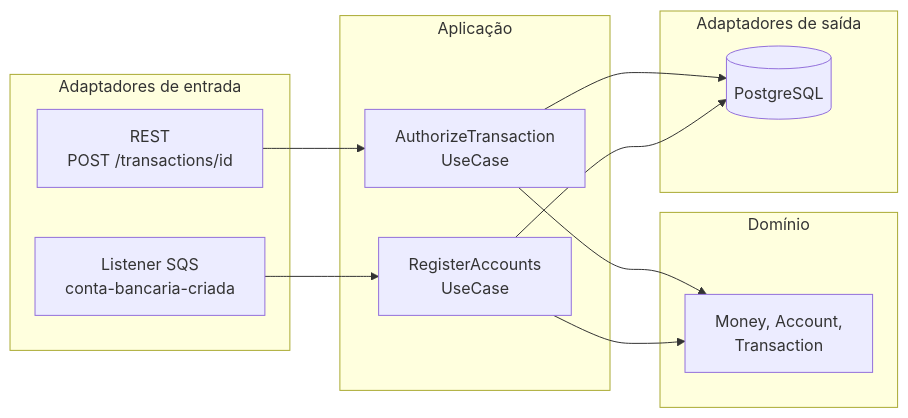
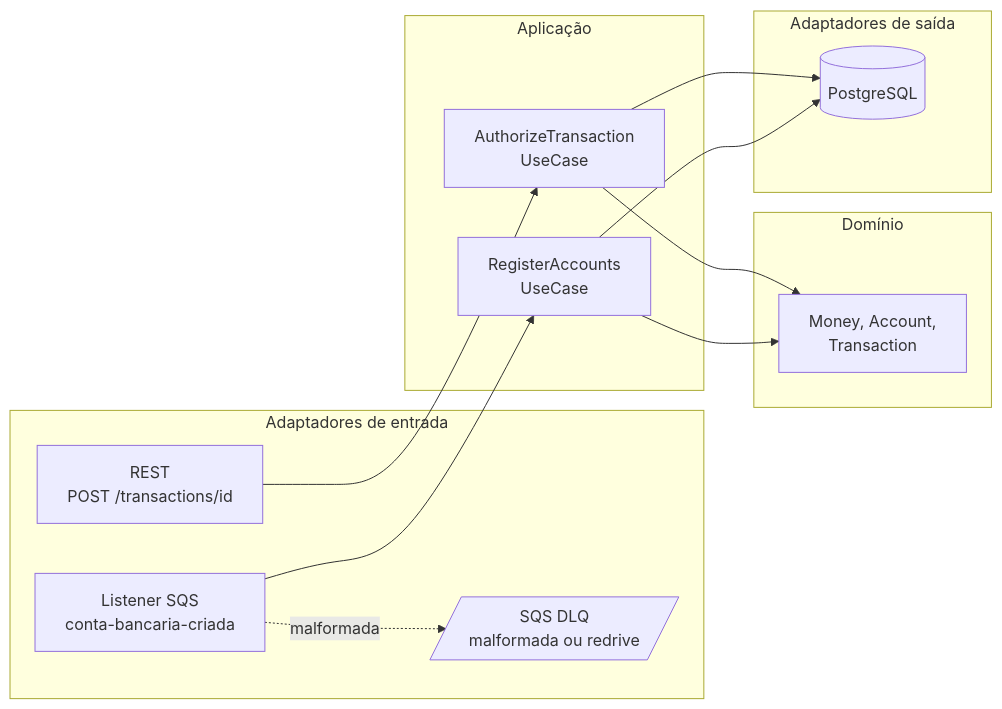
One commit to LeoColman/transaction-authorizer changed the first of 3 diagrams in README.md. Above: the diagram before and after it, drawn with Mermaid. The commit also changed other lines of this file and 13 other files, not shown here.

````diff
--- a/README.md
+++ b/README.md
@@ -30,23 +30,25 @@
 ```mermaid
 flowchart LR
     subgraph Adapters_In[Adaptadores de entrada]
         WEB[REST<br>POST /transactions/id]
         SQS[Listener SQS<br>conta-bancaria-criada]
+        DLQ[/SQS DLQ<br>malformada ou redrive/]
     end
     subgraph Application[Aplicação]
         UC1[AuthorizeTransaction<br>UseCase]
         UC2[RegisterAccounts<br>UseCase]
     end
     subgraph Domain[Domínio]
         D[Money, Account,<br>Transaction]
     end
     subgraph Adapters_Out[Adaptadores de saída]
         PG[(PostgreSQL)]
     end
     WEB --> UC1
     SQS --> UC2
+    SQS -.->|malformada| DLQ
     UC1 --> D
     UC2 --> D
     UC1 --> PG
     UC2 --> PG
 ```
````
